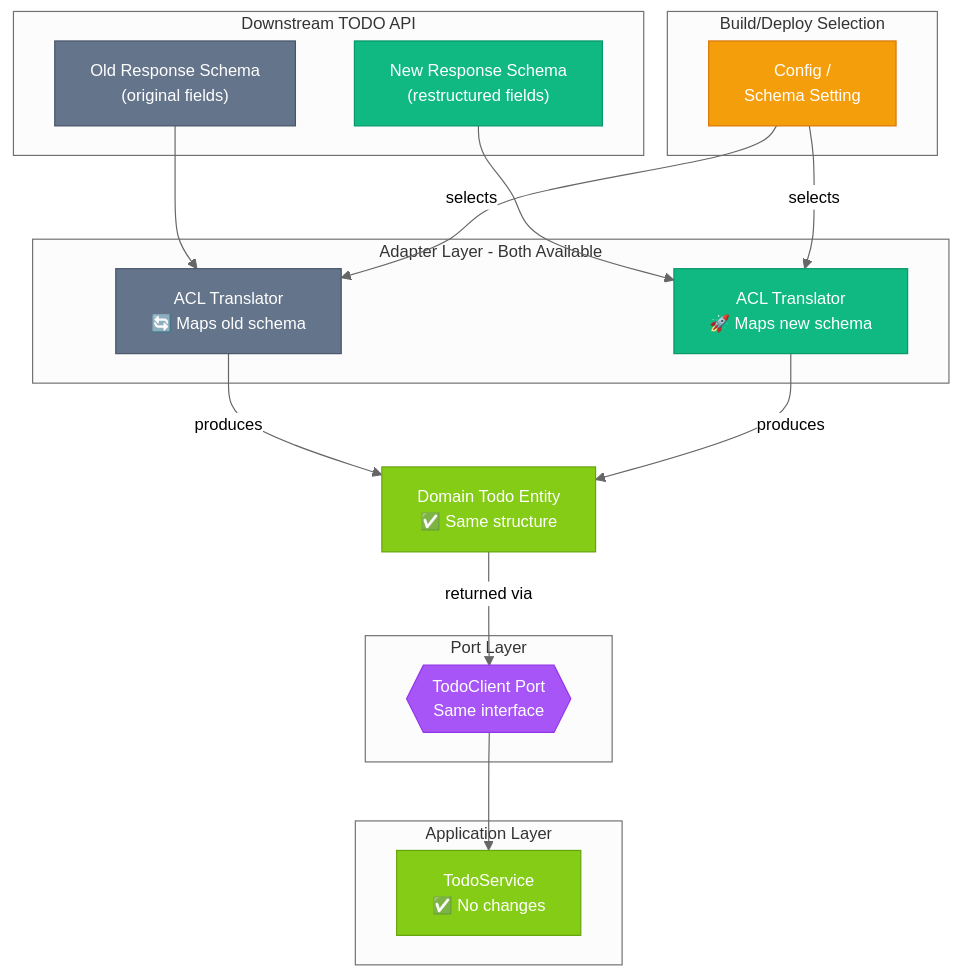
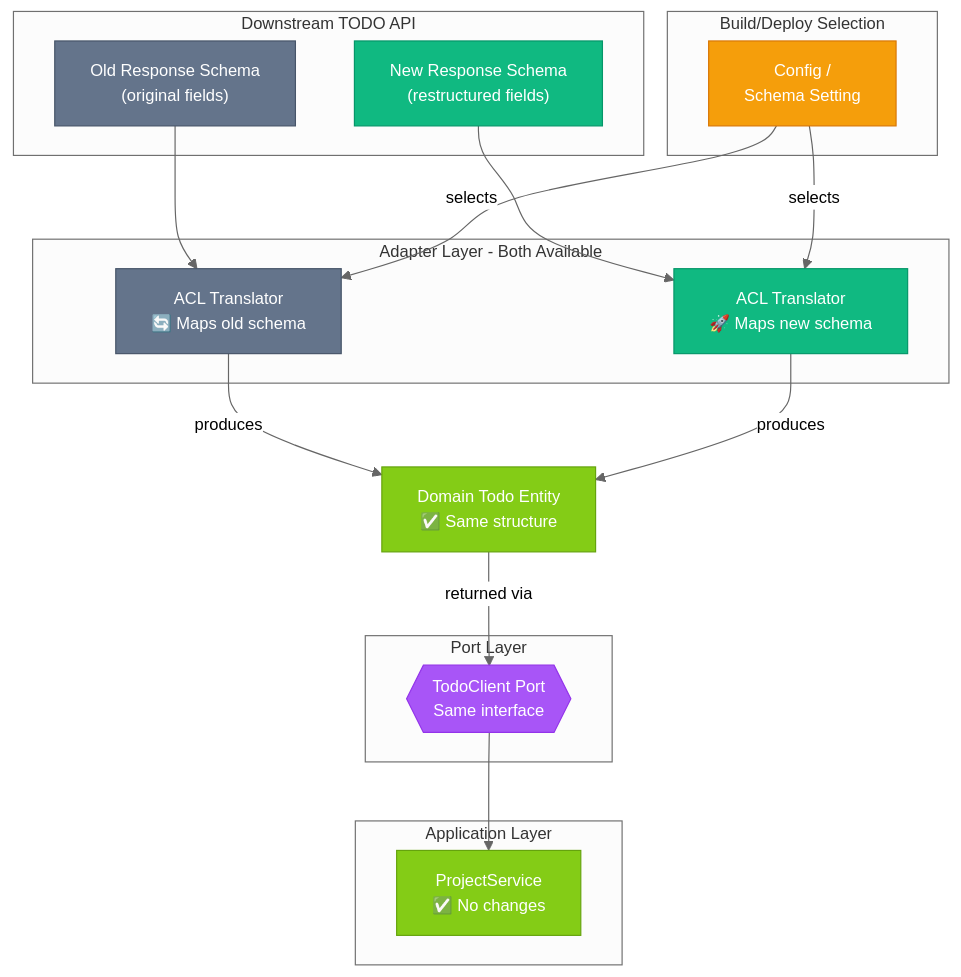
The fifth of 9 diagrams in docs/adr/0001-hexagonal-architecture.md (jsamuelsen11/go-service-template-v2), drawn with Mermaid before and after one commit. The commit also changed other lines of this file and 18 other files, not shown here.

````diff
--- a/docs/adr/0001-hexagonal-architecture.md
+++ b/docs/adr/0001-hexagonal-architecture.md
@@ -344,45 +344,45 @@
 ```mermaid
 %%{init: {'theme': 'neutral', 'themeVariables': { 'fontSize': '14px' }}}%%
 flowchart TB
     subgraph external["Downstream TODO API"]
         Old["Old Response Schema<br/>(original fields)"]
         New["New Response Schema<br/>(restructured fields)"]
     end
 
     subgraph adapters["Adapter Layer - Both Available"]
         OldACL["ACL Translator<br/>🔄 Maps old schema"]
         NewACL["ACL Translator<br/>🚀 Maps new schema"]
     end
 
     subgraph port["Port Layer"]
         Port{{"TodoClient Port<br/>Same interface"}}
     end
 
     subgraph app["Application Layer"]
-        Service["TodoService<br/>✅ No changes"]
+        Service["ProjectService<br/>✅ No changes"]
     end
 
     subgraph config["Build/Deploy Selection"]
         Cfg["Config /<br/>Schema Setting"]
     end
 
     Old --> OldACL
     New --> NewACL
     OldACL -->|"produces"| Entity
     NewACL -->|"produces"| Entity
     Entity -->|"returned via"| Port
     Port --> Service
     Cfg -->|"selects"| OldACL
     Cfg -->|"selects"| NewACL
 
     Entity["Domain Todo Entity<br/>✅ Same structure"]
 
     style Old fill:#64748b,stroke:#475569,color:#fff
     style New fill:#10b981,stroke:#059669,color:#fff
     style OldACL fill:#64748b,stroke:#475569,color:#fff
     style NewACL fill:#10b981,stroke:#059669,color:#fff
     style Port fill:#a855f7,stroke:#9333ea,color:#fff
     style Service fill:#84cc16,stroke:#65a30d,color:#fff
     style Entity fill:#84cc16,stroke:#65a30d,color:#fff
     style Cfg fill:#f59e0b,stroke:#d97706,color:#fff
 ```
````
